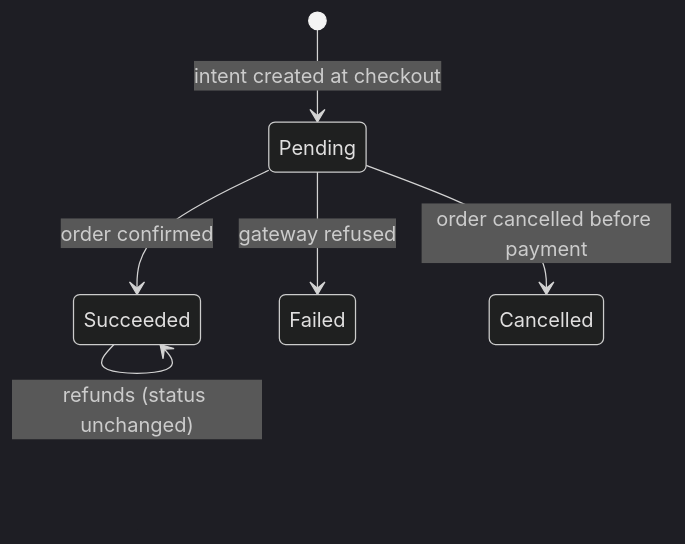
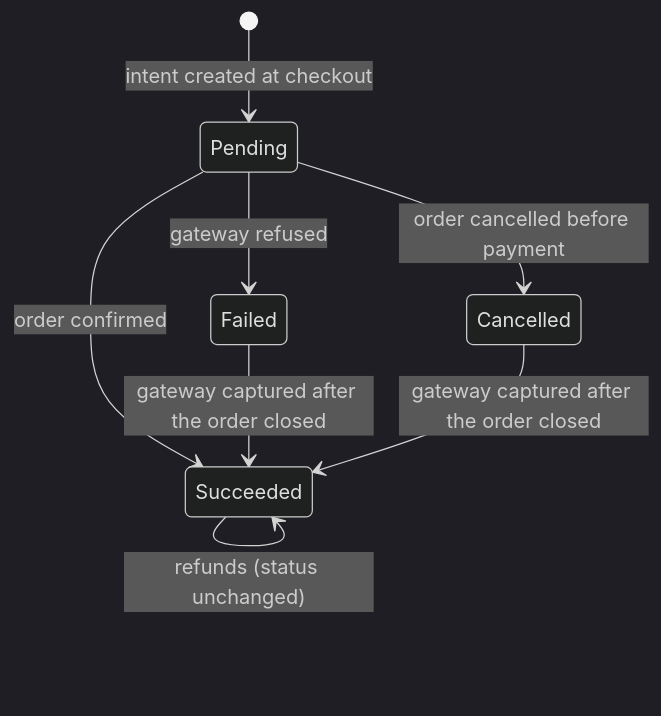
Before and after one commit to Aws03/Souq: the diagram in docs/04-MODULES/Payments/README.md, drawn with Mermaid (dark theme). The commit also changed other lines of this file and 27 other files, not shown here.

````diff
--- a/docs/04-MODULES/Payments/README.md
+++ b/docs/04-MODULES/Payments/README.md
@@ -73,8 +73,10 @@
 ```mermaid
 stateDiagram-v2
     [*] --> Pending: intent created at checkout
     Pending --> Succeeded: order confirmed
     Pending --> Failed: gateway refused
     Pending --> Cancelled: order cancelled before payment
+    Failed --> Succeeded: gateway captured after the order closed
+    Cancelled --> Succeeded: gateway captured after the order closed
     Succeeded --> Succeeded: refunds (status unchanged)
 ```
````
